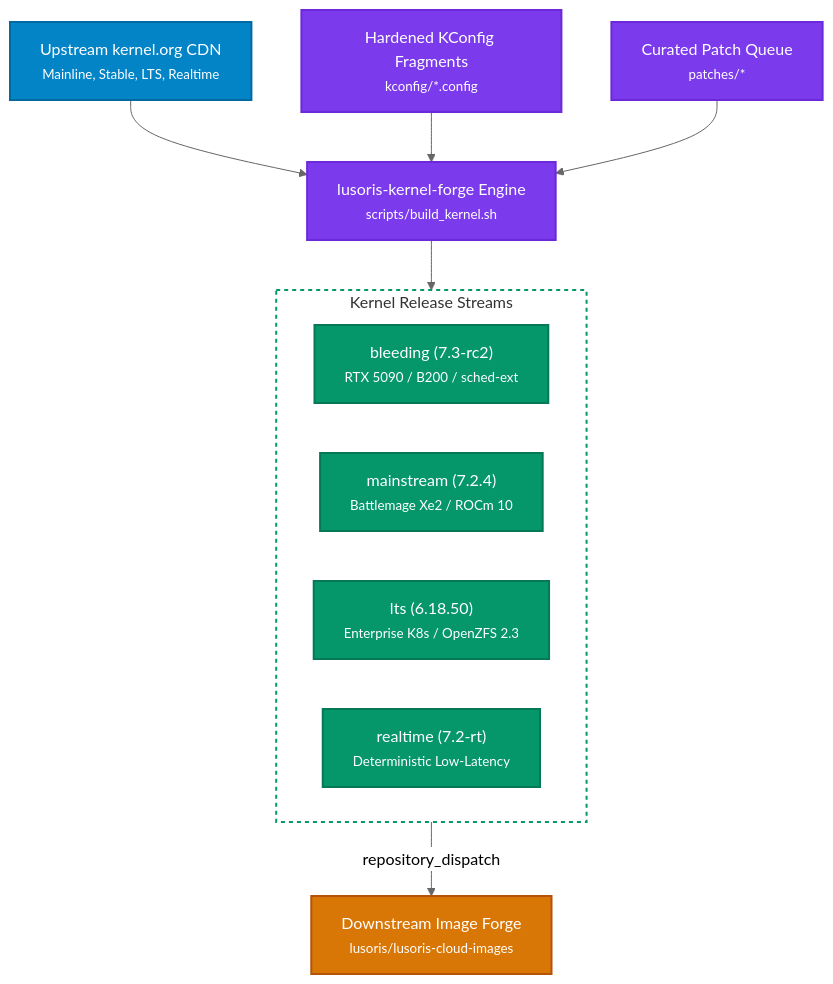
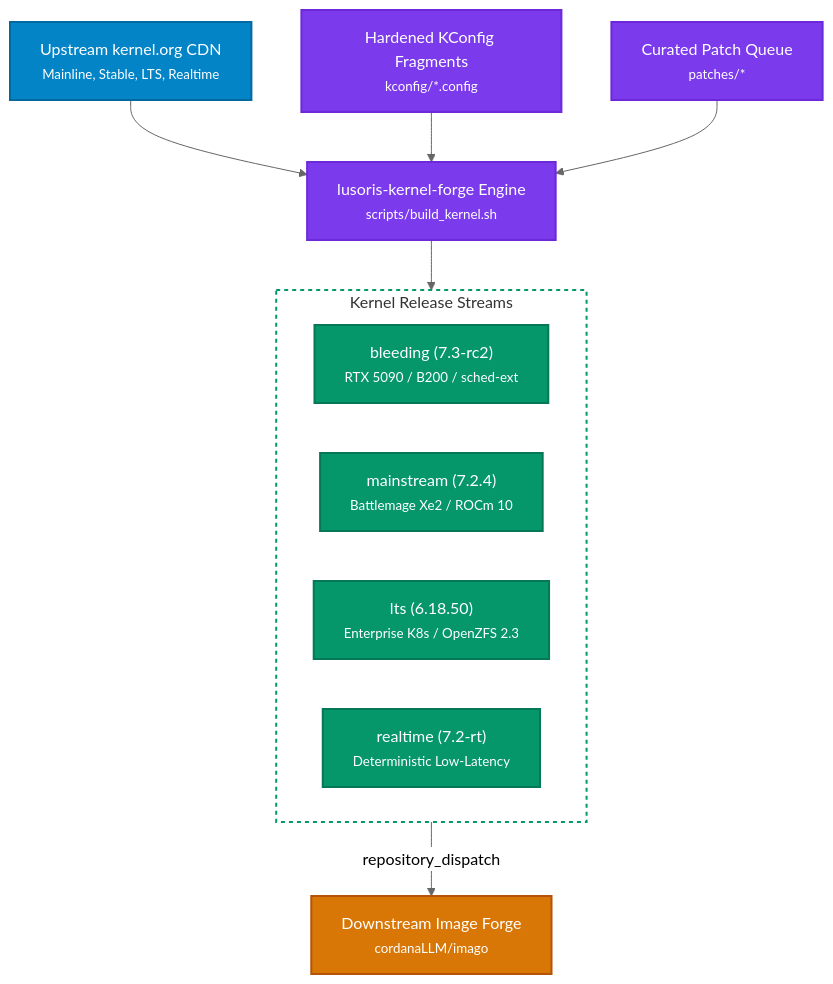
The diagram in README.md (cordanaLLM/nucleus), drawn with Mermaid (neutral theme) before and after one commit. The commit also changed other lines of this file and 11 other files, not shown here.

First line of the commit message:
chore(downstream): repoint release dispatch and downstream references to cordanaLLM/imago (#10)

````diff
--- a/README.md
+++ b/README.md
@@ -19,29 +19,29 @@
 ```mermaid
 flowchart TD
     classDef upstream fill:#0284c7,stroke:#0369a1,stroke-width:2px,color:#ffffff
     classDef engine fill:#7c3aed,stroke:#6d28d9,stroke-width:2px,color:#ffffff
     classDef stream fill:#059669,stroke:#047857,stroke-width:2px,color:#ffffff
     classDef dest fill:#d97706,stroke:#b45309,stroke-width:2px,color:#ffffff
 
     Upstream["Upstream kernel.org CDN<br/><small>Mainline, Stable, LTS, Realtime</small>"]:::upstream
     Forge["lusoris-kernel-forge Engine<br/><small>scripts/build_kernel.sh</small>"]:::engine
     KConfig["Hardened KConfig Fragments<br/><small>kconfig/*.config</small>"]:::engine
     Patches["Curated Patch Queue<br/><small>patches/*</small>"]:::engine
 
     subgraph Streams["Kernel Release Streams"]
         Bleeding["bleeding (7.3-rc2)<br/><small>RTX 5090 / B200 / sched-ext</small>"]:::stream
         Mainstream["mainstream (7.2.4)<br/><small>Battlemage Xe2 / ROCm 10</small>"]:::stream
         LTS["lts (6.18.50)<br/><small>Enterprise K8s / OpenZFS 2.3</small>"]:::stream
         RT["realtime (7.2-rt)<br/><small>Deterministic Low-Latency</small>"]:::stream
     end
 
-    Downstream["Downstream Image Forge<br/><small>lusoris/lusoris-cloud-images</small>"]:::dest
+    Downstream["Downstream Image Forge<br/><small>cordanaLLM/imago</small>"]:::dest
 
     Upstream --> Forge
     KConfig --> Forge
     Patches --> Forge
     Forge --> Streams
     Streams -->|"repository_dispatch"| Downstream
 
     style Streams fill:none,stroke:#059669,stroke-width:2px,stroke-dasharray: 4 4
 ```
````
